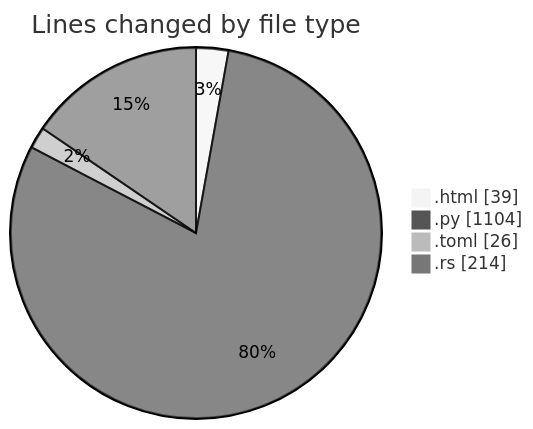
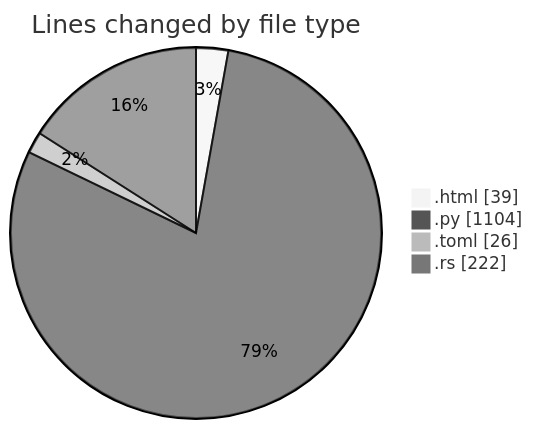
The first of 2 diagrams in 2025-06-22/___base/README.md (Ritupan-Deka/code-tracking), drawn with Mermaid (neutral theme) before and after one commit. The commit also changed other lines of this file and 1 other file, not shown here.

````diff
--- a/2025-06-22/___base/README.md
+++ b/2025-06-22/___base/README.md
@@ -25,8 +25,8 @@
 ```mermaid
 pie showData
 title Lines changed by file type
 ".html" : 39
 ".py" : 1104
 ".toml" : 26
-".rs" : 214
+".rs" : 222
 ```
````
